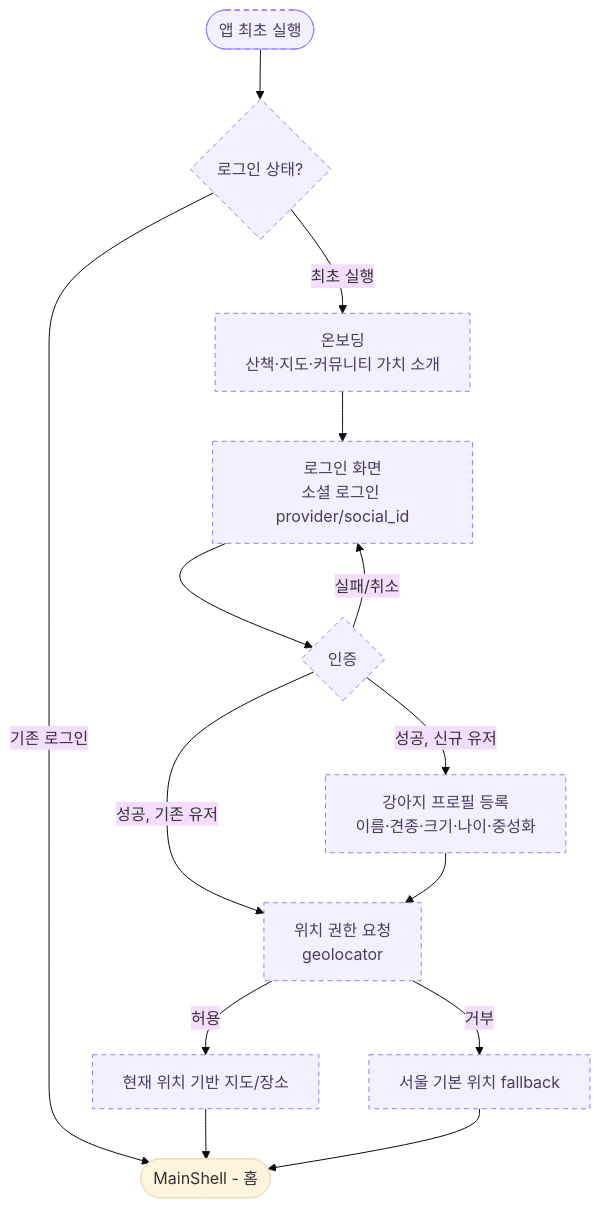
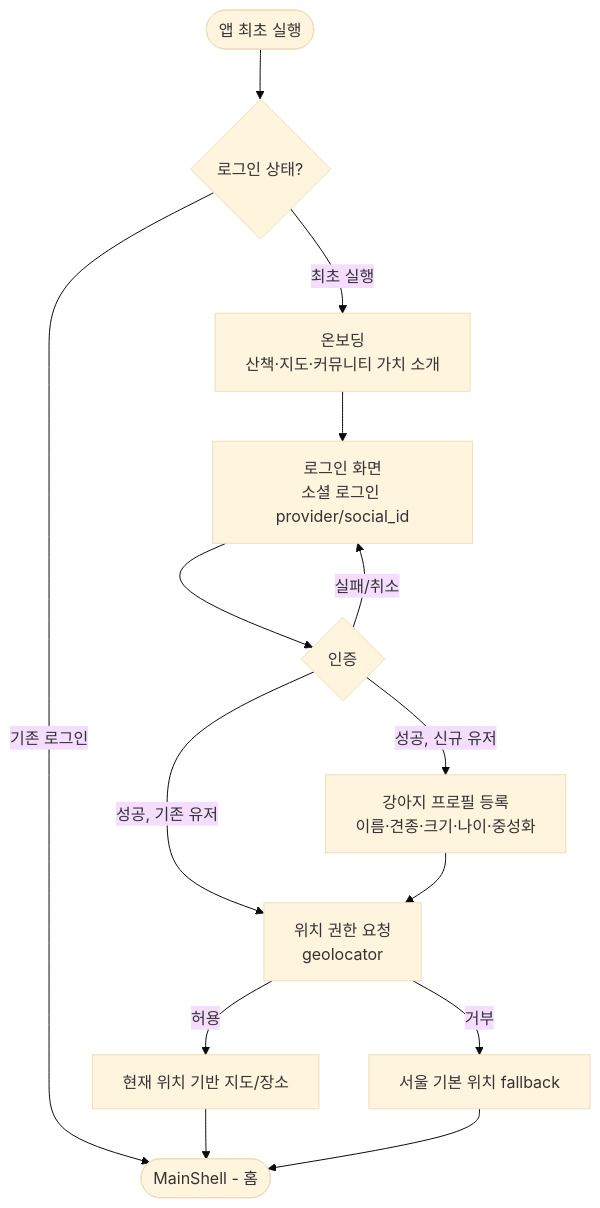
The fourth of 4 diagrams in docs/01-design/user-flows.md (sanghyunbang/pawloop), drawn with Mermaid (base theme) before and after one commit. The commit also changed other lines of this file and 16 other files, not shown here.

````diff
--- a/docs/01-design/user-flows.md
+++ b/docs/01-design/user-flows.md
@@ -139,21 +139,19 @@
 ```mermaid
 flowchart TD
     A([앱 최초 실행]) --> B{로그인 상태?}
     B -->|기존 로그인| H([MainShell - 홈])
     B -->|최초 실행| C[온보딩<br/>산책·지도·커뮤니티 가치 소개]
 
     C --> D[로그인 화면<br/>소셜 로그인 provider/social_id]
     D --> D1{인증}
     D1 -->|실패/취소| D
     D1 -->|성공, 신규 유저| E[강아지 프로필 등록<br/>이름·견종·크기·나이·중성화]
     D1 -->|성공, 기존 유저| F[위치 권한 요청<br/>geolocator]
 
     E --> F
     F -->|허용| G[현재 위치 기반 지도/장소]
     F -->|거부| G2[서울 기본 위치 fallback]
     G --> H
     G2 --> H
 
-    classDef todo fill:#f5f0ff,stroke:#9B7BFF,stroke-dasharray:5 4,color:#463C64;
-    class A,B,C,D,D1,E,F,G,G2 todo;
 ```
````
